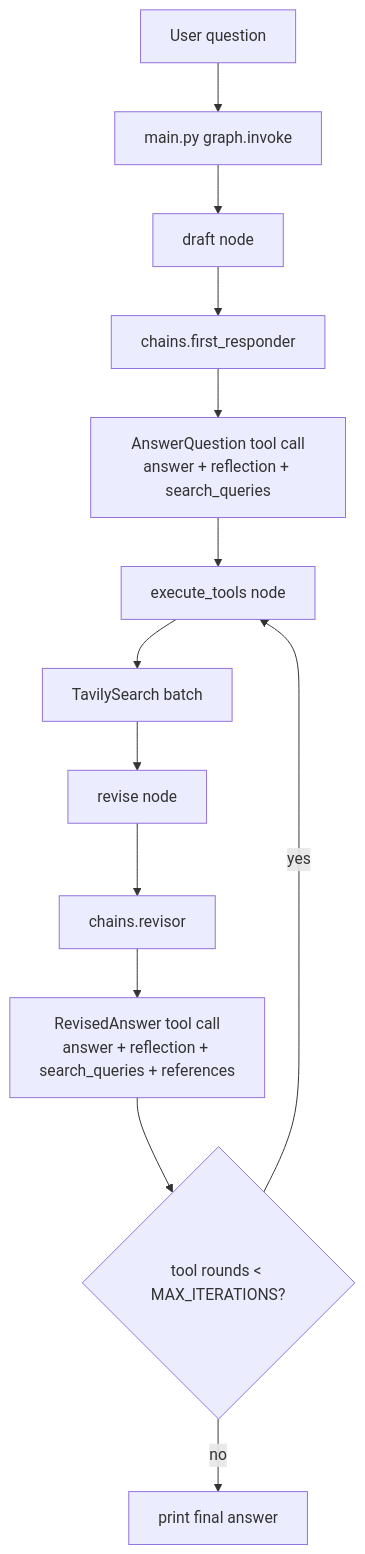
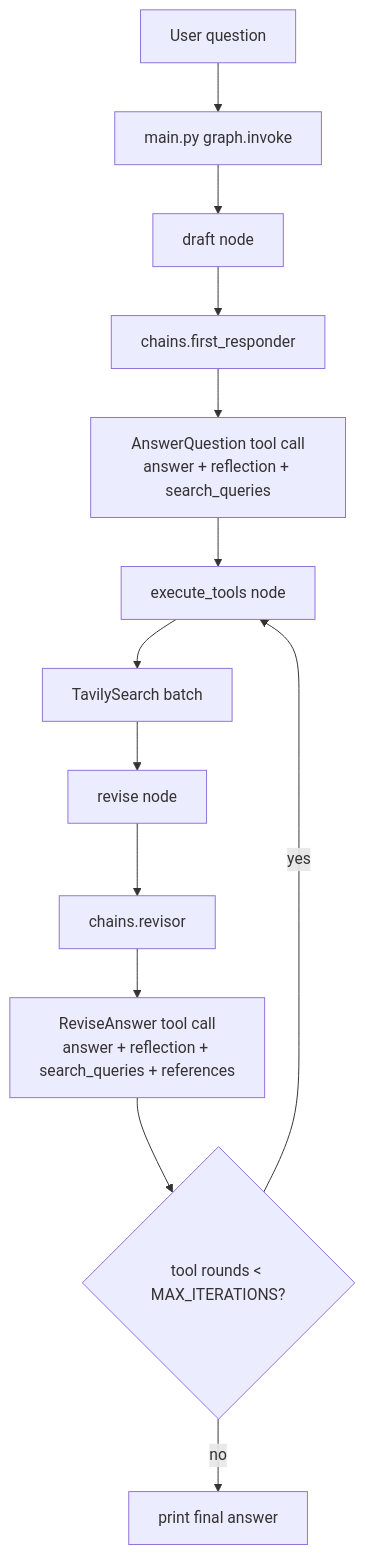
Before and after one commit to PrynAI/AgenticAI-OnRamp-with-Langgraph: the first of 3 diagrams in README.md, drawn with Mermaid. The commit also changed other lines of this file and 6 other files, not shown here.

````diff
--- a/README.md
+++ b/README.md
@@ -29,15 +60,15 @@
 ```mermaid
 flowchart TD
     user_question["User question"] --> graph_invoke["main.py graph.invoke"]
     graph_invoke --> draft["draft node"]
     draft --> first["chains.first_responder"]
     first --> answerTool["AnswerQuestion tool call<br/>answer + reflection + search_queries"]
     answerTool --> tools["execute_tools node"]
     tools --> tavily["TavilySearch batch"]
     tavily --> revise["revise node"]
     revise --> revisor["chains.revisor"]
-    revisor --> revisedTool["RevisedAnswer tool call<br/>answer + reflection + search_queries + references"]
+    revisor --> revisedTool["ReviseAnswer tool call<br/>answer + reflection + search_queries + references"]
     revisedTool --> decision{"tool rounds < MAX_ITERATIONS?"}
     decision -- yes --> tools
     decision -- no --> final["print final answer"]
 ```
````
